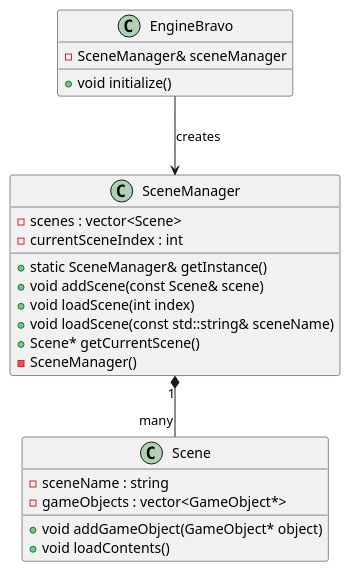
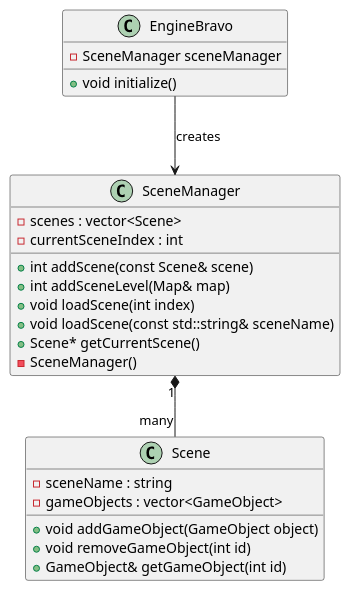
Before and after one commit to Seger01/GameEngine: the diagram in docs/Diagrams/SceneManager.puml, drawn with PlantUML. The commit also changed 1 other file, not shown here.

Commit message:
Diagram update

```diff
--- a/docs/Diagrams/SceneManager.puml
+++ b/docs/Diagrams/SceneManager.puml
@@ -1,32 +1,32 @@
 @startuml
 
 
 
 class SceneManager {
-
-    +static SceneManager& getInstance()
-    +void addScene(const Scene& scene)
+    +int addScene(const Scene& scene)
+    +int addSceneLevel(Map& map)
     +void loadScene(int index)
     +void loadScene(const std::string& sceneName)
     +Scene* getCurrentScene()
     - SceneManager()
     - scenes : vector<Scene>
     - currentSceneIndex : int
 }
 
 class Scene {
 
-    +void addGameObject(GameObject* object)
-    +void loadContents()
+    + void addGameObject(GameObject object)
+    + void removeGameObject(int id)
+    + GameObject& getGameObject(int id)
     - sceneName : string
-    - gameObjects : vector<GameObject*>
+    - gameObjects : vector<GameObject>
 }
 
 class EngineBravo {
     +void initialize()
-    - SceneManager& sceneManager
+    - SceneManager sceneManager
 }
 
 SceneManager "1" *-- "many" Scene
 EngineBravo --> SceneManager : creates
 @enduml
```
